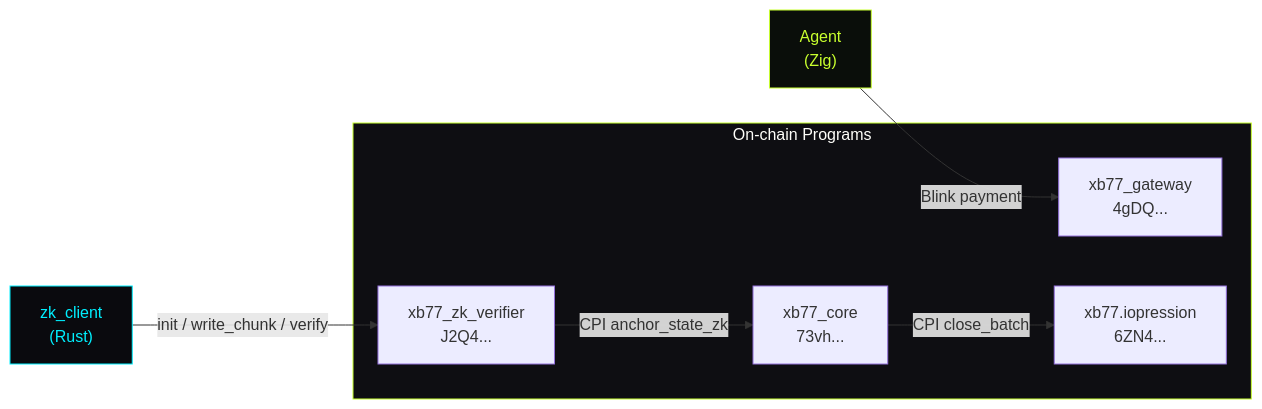
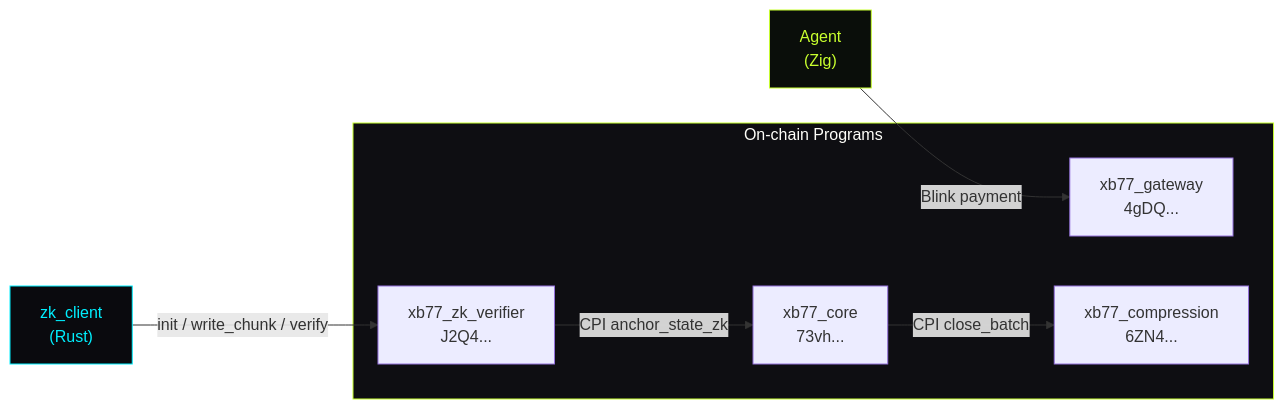
Before and after one commit to 8ctag0n/xB77: the diagram in docs/reference/programs.md, drawn with Mermaid. The commit also changed other lines of this file and 33 other files, not shown here.

Commit message:
fix(onchain): rename 'xb77.iopression' to 'xb77_compression' to fix cargo metadata error

````diff
--- a/docs/reference/programs.md
+++ b/docs/reference/programs.md
@@ -165,21 +165,21 @@
 ```mermaid
 graph LR
     CLIENT["zk_client\n(Rust)"]
     AGENT["Agent\n(Zig)"]
 
     subgraph programs["On-chain Programs"]
         GW["xb77_gateway\n4gDQ..."]
         VF["xb77_zk_verifier\nJ2Q4..."]
         CORE["xb77_core\n73vh..."]
-        COMP["xb77.iopression\n6ZN4..."]
+        COMP["xb77_compression\n6ZN4..."]
     end
 
     AGENT -->|"Blink payment"| GW
     CLIENT -->|"init / write_chunk / verify"| VF
     VF -->|"CPI anchor_state_zk"| CORE
     CORE -->|"CPI close_batch"| COMP
 
     style programs fill:#0e0e12,stroke:#c8ff2e,color:#fffffa
     style CLIENT fill:#0a0a0e,stroke:#00f0ff,color:#00f0ff
     style AGENT fill:#0a0e0a,stroke:#c8ff2e,color:#c8ff2e
 ```
````
